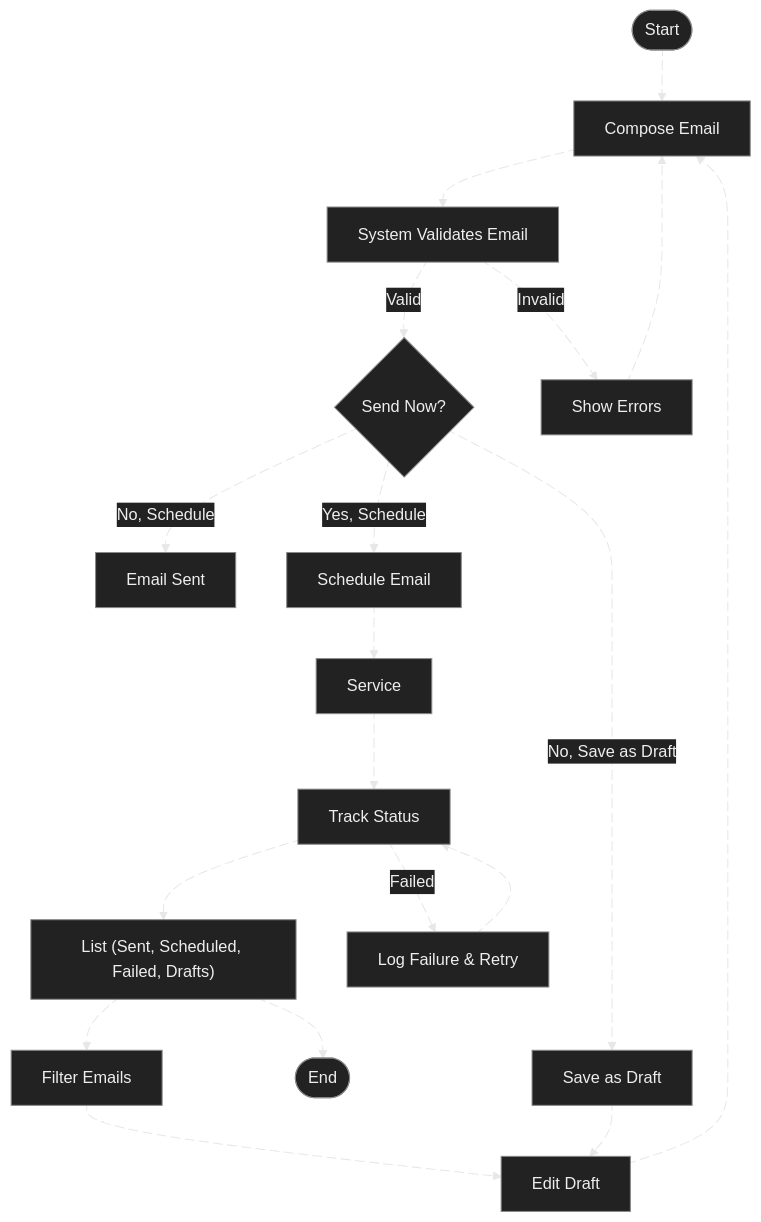
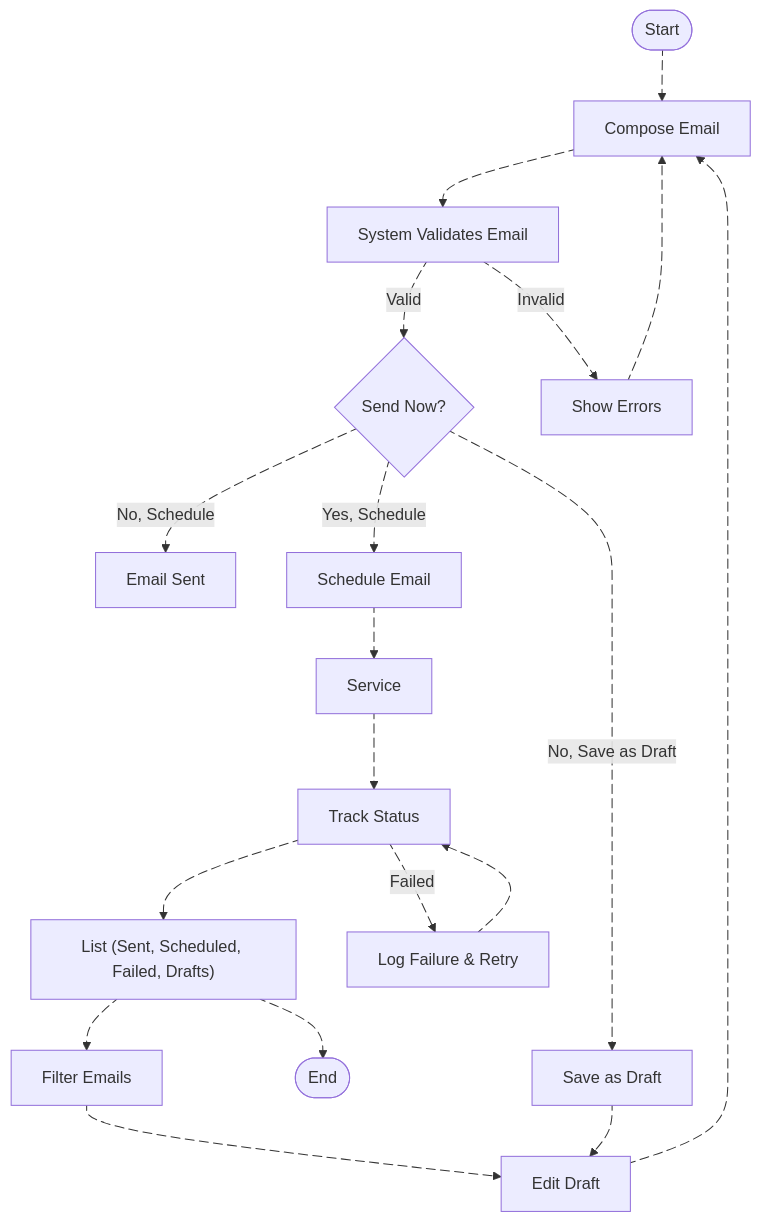
One commit to Harshita-capsitech/EmailDocs changed the second of 3 diagrams in ScheduleEmails/overview.md. Above: the diagram before and after it, drawn with Mermaid.

````diff
--- a/ScheduleEmails/overview.md
+++ b/ScheduleEmails/overview.md
@@ -143,67 +143,56 @@
 ```mermaid
----
-config:
-  theme: base
-  themeVariables:
-    background: '#181818'
-    primaryColor: '#222'
-    primaryTextColor: '#eeeeee'
-    nodeBorder: '#888'
-    fontSize: 16px
-  layout: dagre
----
 flowchart TB
     start(["Start"]) e1@--> CE["Compose Email"]
     CE e2@--> VAL["System Validates Email"]
     VAL e3@-- Valid --> SEND{"Send Now?"}
     VAL e4@-- Invalid --> ERR["Show Errors"]
     ERR e5@--> CE
     SEND e6@-- No, Schedule --> DB["Email Sent"]
     SEND e7@-- Yes, Schedule --> SCH["Schedule Email"]
     SCH e8@--> SMTP["Service"]
     SMTP e9@--> STATUS["Track Status"]
     STATUS e10@--> LIST["List (Sent, Scheduled, Failed, Drafts)"]
     LIST e11@--> FILTER["Filter Emails"]
     LIST e18@--> END(["End"])
     FILTER e12@-.-> EDIT["Edit Draft"]
     STATUS e13@-- Failed --> LOG["Log Failure & Retry"]
     LOG e14@--> STATUS
     SEND e15@-- No, Save as Draft --> DR["Save as Draft"]
     DR e16@--> EDIT
     EDIT e17@--> CE
 
     style start animation:fast
     style CE animation:fast
     style VAL animation:fast
     style SEND animation:fast
     style ERR animation:fast
     style DB animation:fast
     style SCH animation:fast
     style SMTP animation:fast
     style STATUS animation:fast
     style LIST animation:fast
     style FILTER animation:fast
     style END animation:fast
     style EDIT animation:fast
     style LOG animation:fast
     style DR animation:fast
 
     e1@{ animation: fast }
     e2@{ animation: fast }
     e3@{ animation: fast }
     e4@{ animation: fast }
     e5@{ animation: fast }
     e6@{ animation: fast }
     e7@{ animation: fast }
     e8@{ animation: fast }
     e9@{ animation: fast }
     e10@{ animation: fast }
     e11@{ animation: fast }
     e12@{ animation: fast }
     e13@{ animation: fast }
     e14@{ animation: fast }
     e15@{ animation: fast }
     e16@{ animation: fast }
     e17@{ animation: fast }
     e18@{ animation: fast }
 ```
````
